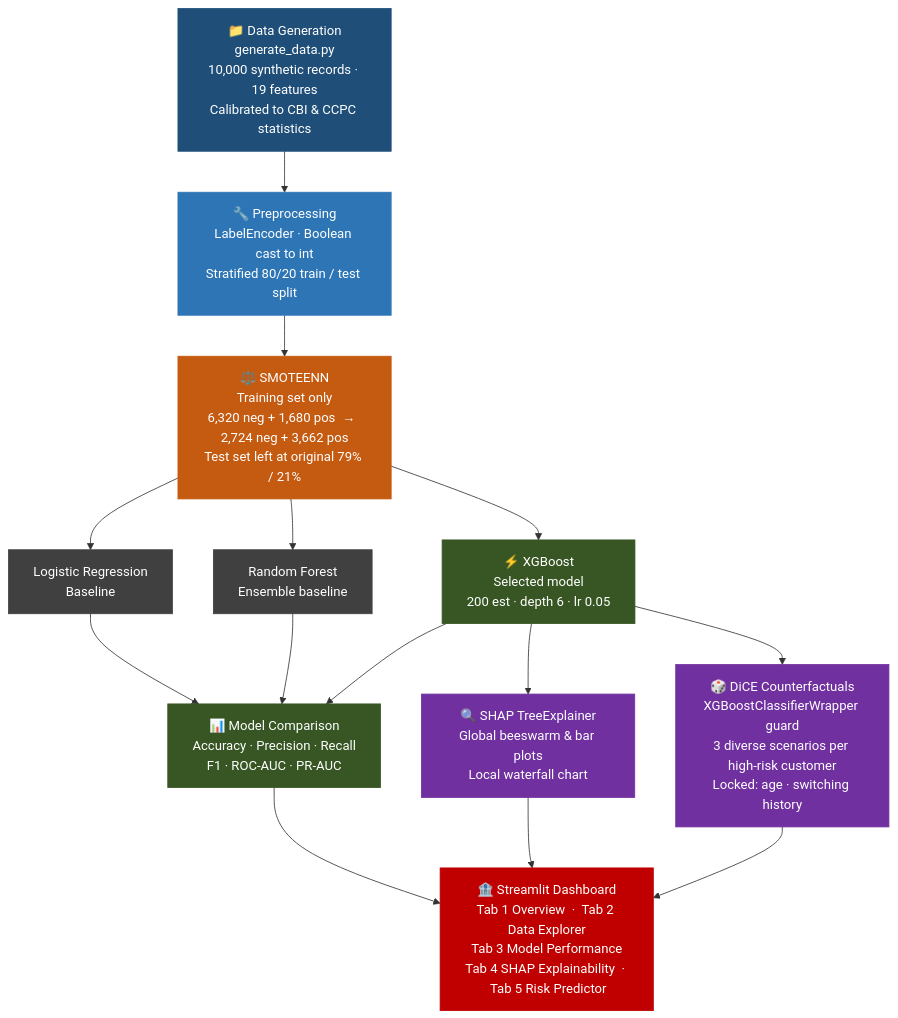
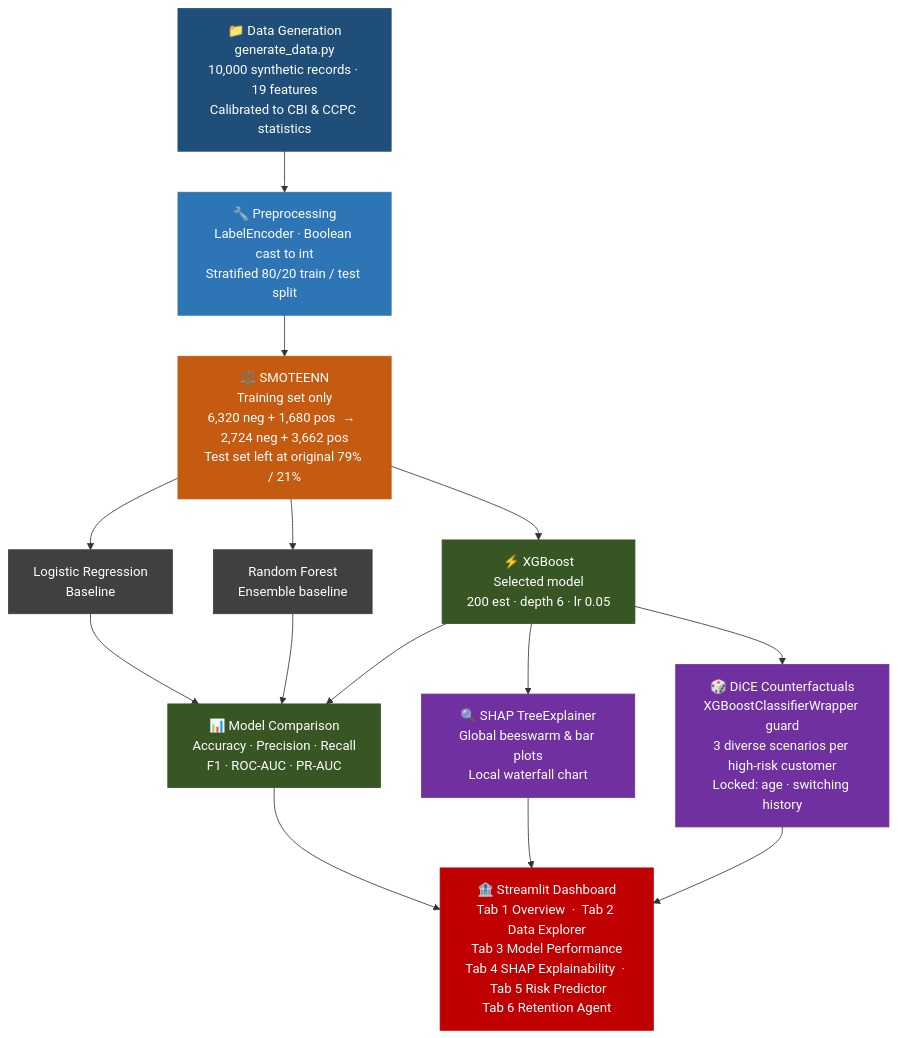
The first of 2 diagrams in README.md (abinashprasana/irish-banking-churn), drawn with Mermaid before and after one commit. The commit also changed other lines of this file, not shown here.

Commit message:
docs: document Phase 2 architecture and model governance

````diff
--- a/README.md
+++ b/README.md
@@ -64,30 +65,30 @@
 ```mermaid
 flowchart TD
     A["📁 Data Generation\ngenerate_data.py\n10,000 synthetic records · 19 features\nCalibrated to CBI & CCPC statistics"]
     B["🔧 Preprocessing\nLabelEncoder · Boolean cast to int\nStratified 80/20 train / test split"]
     C["⚖️ SMOTEENN\nTraining set only\n6,320 neg + 1,680 pos  →  2,724 neg + 3,662 pos\nTest set left at original 79% / 21%"]
     D1["Logistic Regression\nBaseline"]
     D2["Random Forest\nEnsemble baseline"]
     D3["⚡ XGBoost\nSelected model\n200 est · depth 6 · lr 0.05"]
     E["📊 Model Comparison\nAccuracy · Precision · Recall\nF1 · ROC-AUC · PR-AUC"]
     F1["🔍 SHAP TreeExplainer\nGlobal beeswarm & bar plots\nLocal waterfall chart"]
     F2["🎲 DiCE Counterfactuals\nXGBoostClassifierWrapper guard\n3 diverse scenarios per high-risk customer\nLocked: age · switching history"]
-    G["🏦 Streamlit Dashboard\nTab 1 Overview  ·  Tab 2 Data Explorer\nTab 3 Model Performance\nTab 4 SHAP Explainability  ·  Tab 5 Risk Predictor"]
+    G["🏦 Streamlit Dashboard\nTab 1 Overview  ·  Tab 2 Data Explorer\nTab 3 Model Performance\nTab 4 SHAP Explainability  ·  Tab 5 Risk Predictor\nTab 6 Retention Agent"]
 
     A --> B --> C
     C --> D1 & D2 & D3
     D1 & D2 & D3 --> E
     D3 --> F1 & F2
     E & F1 & F2 --> G
 
     style A fill:#1f4e79,color:#ffffff,stroke:#1f4e79
     style B fill:#2e75b6,color:#ffffff,stroke:#2e75b6
     style C fill:#c55a11,color:#ffffff,stroke:#c55a11
     style D1 fill:#404040,color:#ffffff,stroke:#404040
     style D2 fill:#404040,color:#ffffff,stroke:#404040
     style D3 fill:#375623,color:#ffffff,stroke:#375623
     style E fill:#375623,color:#ffffff,stroke:#375623
     style F1 fill:#7030a0,color:#ffffff,stroke:#7030a0
     style F2 fill:#7030a0,color:#ffffff,stroke:#7030a0
     style G fill:#c00000,color:#ffffff,stroke:#c00000
 ```
````
